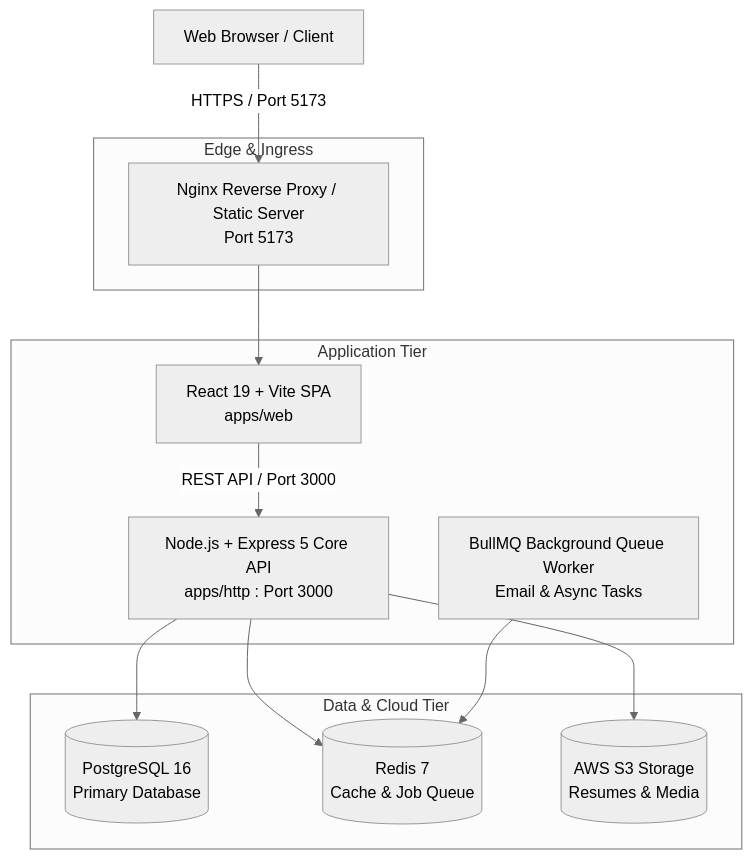
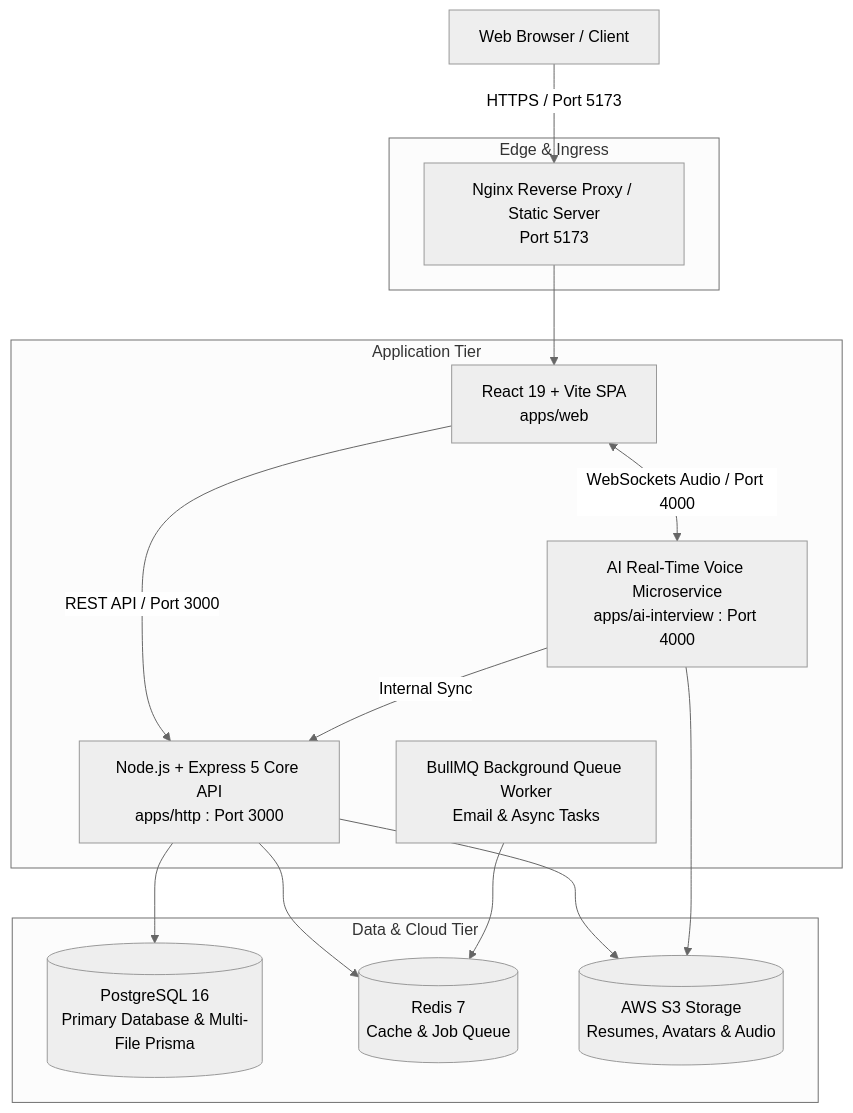
Before and after one commit to athulraj2027/coursity-modular-monolith: the diagram in README.md, drawn with Mermaid (neutral theme). The commit also changed other lines of this file and 3 other files, not shown here.

````diff
--- a/README.md
+++ b/README.md
@@ -11,28 +11,32 @@
 ```mermaid
 graph TD
     Client[Web Browser / Client]
 
     subgraph Edge & Ingress
         Nginx[Nginx Reverse Proxy / Static Server\nPort 5173]
     end
 
     subgraph Application Tier
         Frontend[React 19 + Vite SPA\napps/web]
         Backend[Node.js + Express 5 Core API\napps/http : Port 3000]
+        AIInterview[AI Real-Time Voice Microservice\napps/ai-interview : Port 4000]
         Worker[BullMQ Background Queue Worker\nEmail & Async Tasks]
     end
 
     subgraph Data & Cloud Tier
-        Postgres[(PostgreSQL 16\nPrimary Database)]
+        Postgres[(PostgreSQL 16\nPrimary Database & Multi-File Prisma)]
         Redis[(Redis 7\nCache & Job Queue)]
-        S3[(AWS S3 Storage\nResumes & Media)]
+        S3[(AWS S3 Storage\nResumes, Avatars & Audio)]
     end
 
     Client -->|HTTPS / Port 5173| Nginx
     Nginx --> Frontend
     Frontend -->|REST API / Port 3000| Backend
+    Frontend <-->|WebSockets Audio / Port 4000| AIInterview
+    AIInterview -->|Internal Sync| Backend
     Backend --> Postgres
     Backend --> Redis
     Backend --> S3
+    AIInterview --> S3
     Worker --> Redis
 ```
````
